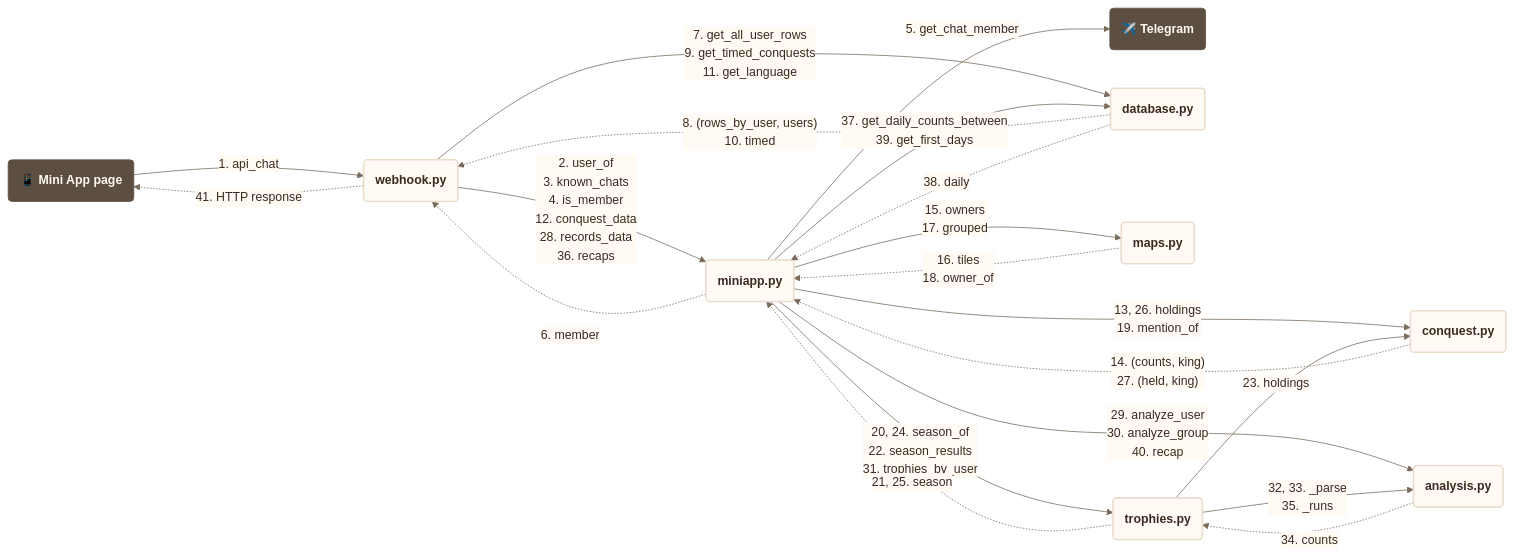
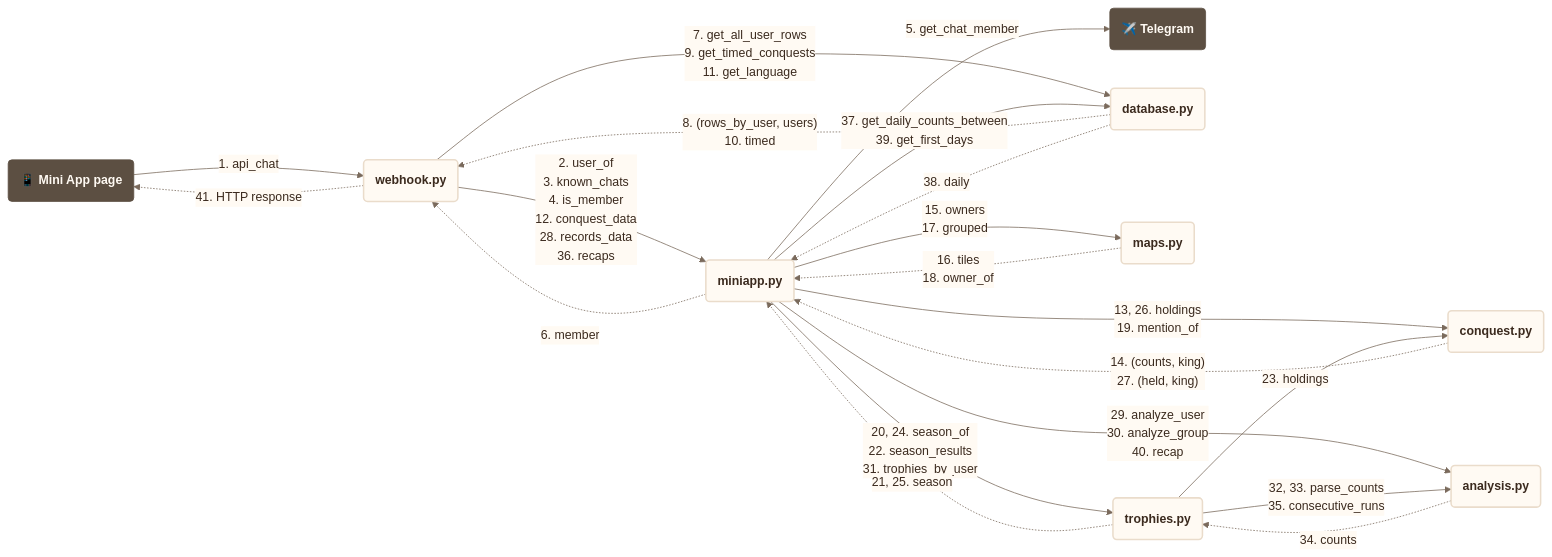
Before and after one commit to francescoperrino/Caccometro: diagram 37 of 42 in docs/use_cases.md, drawn with Mermaid. The commit also changed other lines of this file and 22 other files, not shown here.

````diff
--- a/docs/use_cases.md
+++ b/docs/use_cases.md
@@ -3131,69 +3066,69 @@
 ```mermaid
 ---
 config:
   theme: base
   themeVariables:
     fontFamily: "Nunito, Segoe UI, Roboto, sans-serif"
     primaryColor: "#fffaf3"
     primaryTextColor: "#3b2a1e"
     primaryBorderColor: "#eadccb"
     secondaryColor: "#f7ecdc"
     tertiaryColor: "#f3e4d0"
     lineColor: "#7a6a5c"
     textColor: "#3b2a1e"
     edgeLabelBackground: "#fffaf3"
     clusterBkg: "#f3e4d0"
     clusterBorder: "#cbbca9"
     titleColor: "#5c4f42"
     noteBkgColor: "#f7ecdc"
     noteTextColor: "#3b2a1e"
     actorBkg: "#fffaf3"
     actorBorder: "#5c4f42"
     actorTextColor: "#3b2a1e"
     signalColor: "#7a6a5c"
     signalTextColor: "#3b2a1e"
     labelBoxBkgColor: "#f3e4d0"
     loopTextColor: "#3b2a1e"
     sequenceNumberColor: "#fffaf3"
     xyChart:
       plotColorPalette: "#2f4f8f"
   flowchart:
     nodeSpacing: 50
     rankSpacing: 160
 ---
 flowchart LR
     accTitle: Communication diagram, Mini App, data of the chat (map, seasons, records, trophies)
     accDescr: The modules involved, the functions each one calls in another and what comes back, numbered as in the sequence
     miniapp_page("<b>📱 Mini App page</b>")
     telegram("<b>✈️ Telegram</b>")
     webhook("<b>webhook.py</b>")
     miniapp("<b>miniapp.py</b>")
     database("<b>database.py</b>")
     conquest("<b>conquest.py</b>")
     maps("<b>maps.py</b>")
     trophies("<b>trophies.py</b>")
     analysis("<b>analysis.py</b>")
     miniapp_page -->|"1.#nbsp;api_chat"| webhook
     webhook -->|"2.#nbsp;user_of<br/>3.#nbsp;known_chats<br/>4.#nbsp;is_member<br/>12.#nbsp;conquest_data<br/>28.#nbsp;records_data<br/>36.#nbsp;recaps"| miniapp
     miniapp -->|"5.#nbsp;get_chat_member"| telegram
     miniapp -.->|"6.#nbsp;member"| webhook
     webhook -->|"7.#nbsp;get_all_user_rows<br/>9.#nbsp;get_timed_conquests<br/>11.#nbsp;get_language"| database
     database -.->|"8.#nbsp;(rows_by_user, users)<br/>10.#nbsp;timed"| webhook
     miniapp -->|"13, 26.#nbsp;holdings<br/>19.#nbsp;mention_of"| conquest
     conquest -.->|"14.#nbsp;(counts, king)<br/>27.#nbsp;(held, king)"| miniapp
     miniapp -->|"15.#nbsp;owners<br/>17.#nbsp;grouped"| maps
     maps -.->|"16.#nbsp;tiles<br/>18.#nbsp;owner_of"| miniapp
     miniapp -->|"20, 24.#nbsp;season_of<br/>22.#nbsp;season_results<br/>31.#nbsp;trophies_by_user"| trophies
     trophies -.->|"21, 25.#nbsp;season"| miniapp
     trophies -->|"23.#nbsp;holdings"| conquest
     miniapp -->|"29.#nbsp;analyze_user<br/>30.#nbsp;analyze_group<br/>40.#nbsp;recap"| analysis
-    trophies -->|"32, 33.#nbsp;_parse<br/>35.#nbsp;_runs"| analysis
+    trophies -->|"32, 33.#nbsp;parse_counts<br/>35.#nbsp;consecutive_runs"| analysis
     analysis -.->|"34.#nbsp;counts"| trophies
     miniapp -->|"37.#nbsp;get_daily_counts_between<br/>39.#nbsp;get_first_days"| database
     database -.->|"38.#nbsp;daily"| miniapp
     webhook -.->|"41.#nbsp;HTTP response"| miniapp_page
     classDef step fill:#fffaf3,stroke:#eadccb,stroke-width:2px,color:#3b2a1e
     classDef person fill:#5c4f42,stroke:#5c4f42,color:#fffaf3
     class webhook,miniapp,database,conquest,maps,trophies,analysis step
     class miniapp_page,telegram person
 ```
````
